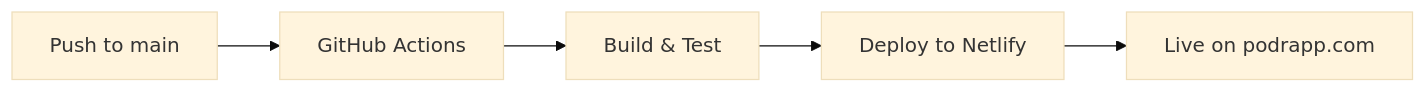
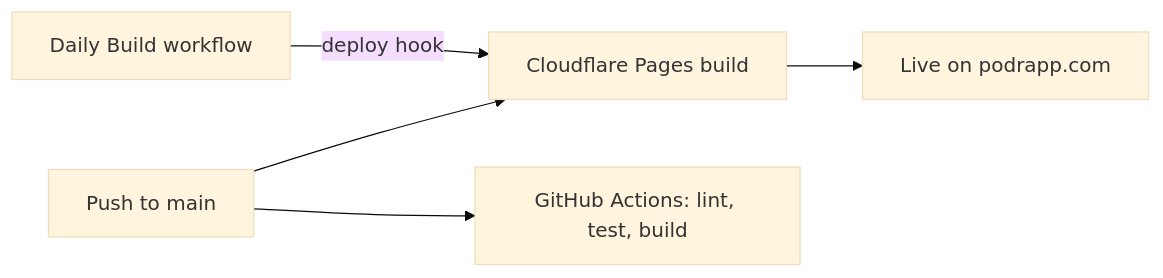
Before and after one commit to cascadiacollections/podr: the diagram in README.md, drawn with Mermaid (base theme). The commit also changed other lines of this file and 21 other files, not shown here.

Commit message:
chore: remove Netlify now that Cloudflare Pages hosts the site (#191)

````diff
--- a/README.md
+++ b/README.md
@@ -352,7 +351,7 @@
 ```mermaid
 graph LR
-    A[Push to main] --> B[GitHub Actions]
-    B --> C[Build & Test]
-    C --> D[Deploy to Netlify]
-    D --> E[Live on podrapp.com]
+    A[Push to main] --> B[Cloudflare Pages build]
+    B --> E[Live on podrapp.com]
+    A --> C[GitHub Actions: lint, test, build]
+    F[Daily Build workflow] -->|deploy hook| B
 ```
````
